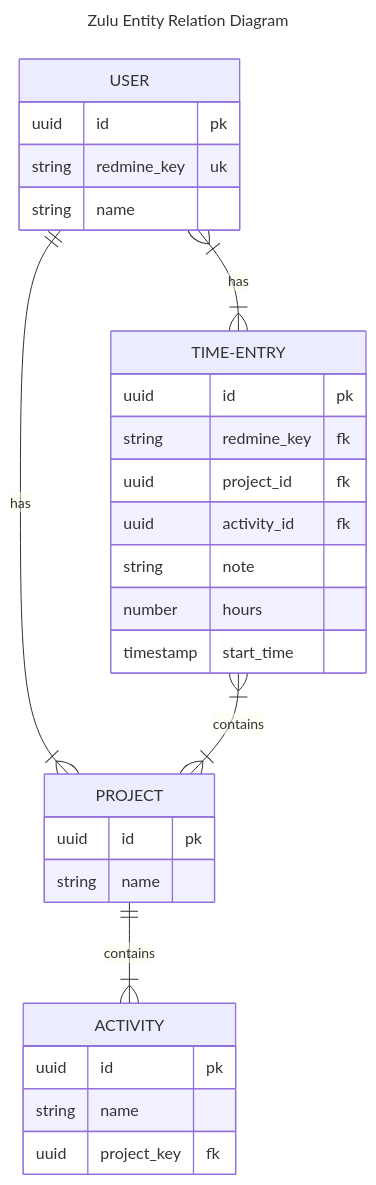
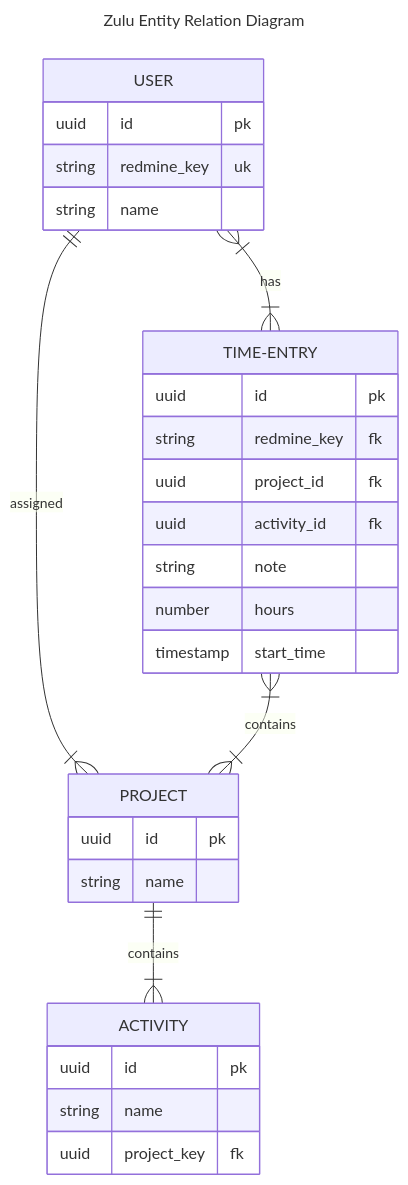
Before and after one commit to teamairship/zulu-expo-rn-legenstate: the diagram in README.md, drawn with Mermaid. The commit also changed 5 other files, not shown here.

````diff
--- a/README.md
+++ b/README.md
@@ -3,37 +3,37 @@
 ```mermaid
 ---
 title: Zulu Entity Relation Diagram
 ---
 erDiagram
-    USER ||--|{ PROJECT : has
+    USER ||--|{ PROJECT : assigned
     PROJECT ||--|{ ACTIVITY : contains
     USER }|--|{ TIME-ENTRY : has
     TIME-ENTRY }|--|{ PROJECT : contains
 
     USER {
       uuid id pk
       string redmine_key uk
       string name
     }
 
     PROJECT {
       uuid id pk
       string name
     }
 
     ACTIVITY {
       uuid id pk 
       string name
       uuid project_key fk
     }
 
     TIME-ENTRY {
       uuid id pk
       string redmine_key fk
       uuid project_id fk
       uuid activity_id fk
       string note 
       number hours
       timestamp start_time
     }
 ```
````
